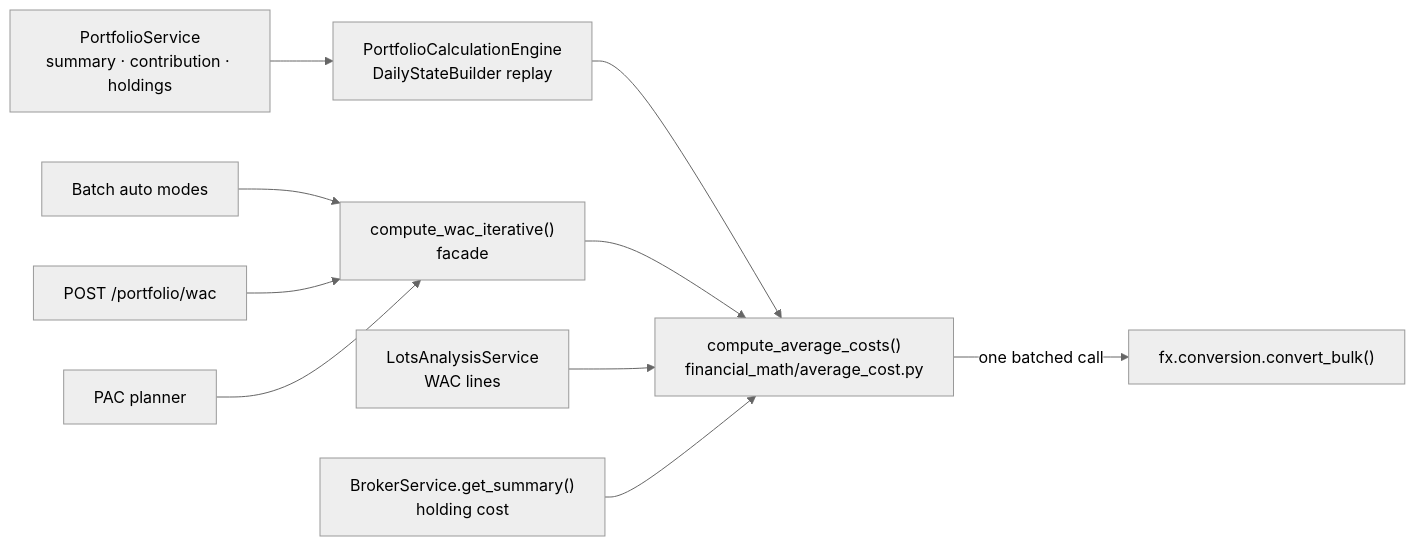
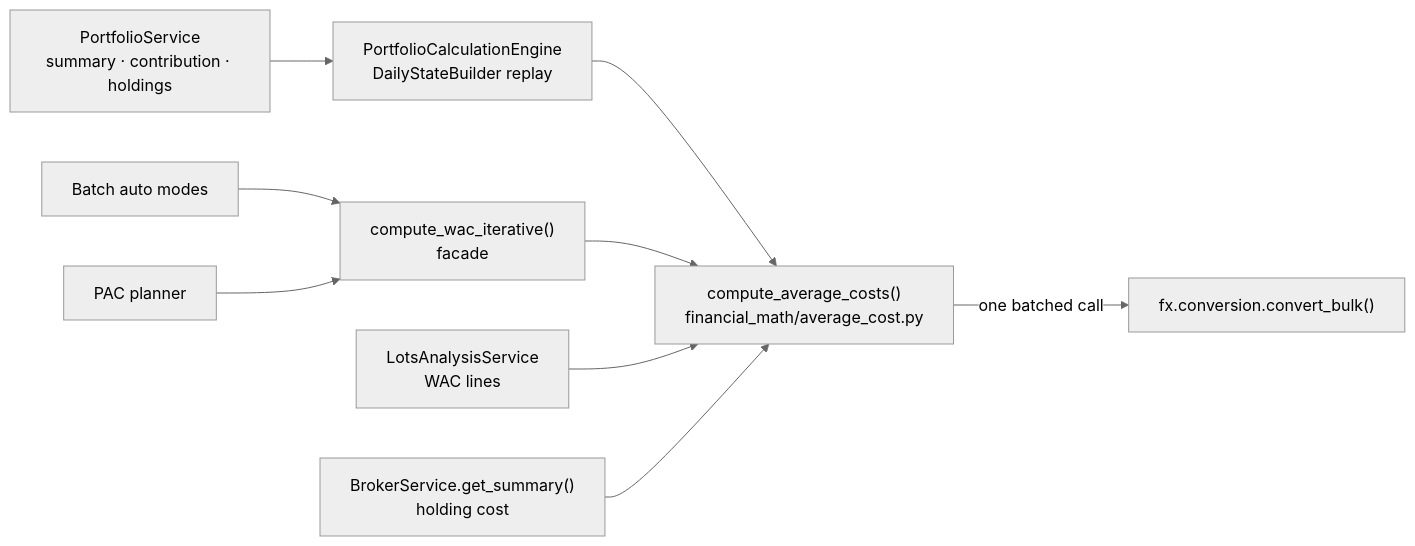
Before and after one commit to Librefolio/LibreFolio: the diagram in mkdocs_src/docs/developer/backend/transactions/wac.md, drawn with Mermaid (neutral theme). The commit also changed other lines of this file and 86 other files, not shown here.

````diff
--- a/mkdocs_src/docs/developer/backend/transactions/wac.md
+++ b/mkdocs_src/docs/developer/backend/transactions/wac.md
@@ -16,22 +16,20 @@
 ```mermaid
 flowchart LR
     AC["compute_average_costs()<br/>financial_math/average_cost.py"]
     FX["fx.conversion.convert_bulk()"]
     Engine["PortfolioCalculationEngine<br/>DailyStateBuilder replay"]
     PS["PortfolioService<br/>summary · contribution · holdings"]
     Facade["compute_wac_iterative()<br/>facade"]
     Batch["Batch auto modes"]
-    WacApi["POST /portfolio/wac"]
     Pac["PAC planner"]
     Lots["LotsAnalysisService<br/>WAC lines"]
     Broker["BrokerService.get_summary()<br/>holding cost"]
 
     AC -->|"one batched call"| FX
     PS --> Engine --> AC
     Batch --> Facade
-    WacApi --> Facade
     Pac --> Facade
     Facade --> AC
     Lots --> AC
     Broker --> AC
 ```
````
